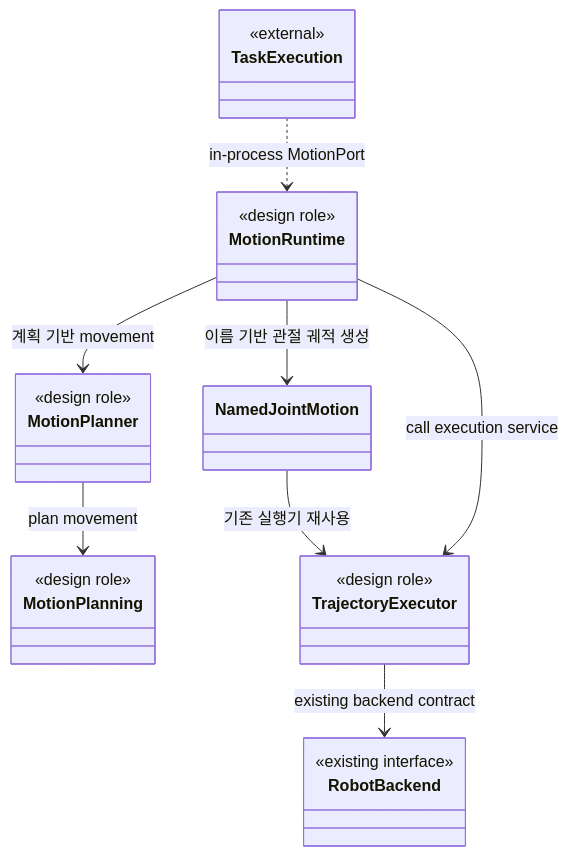
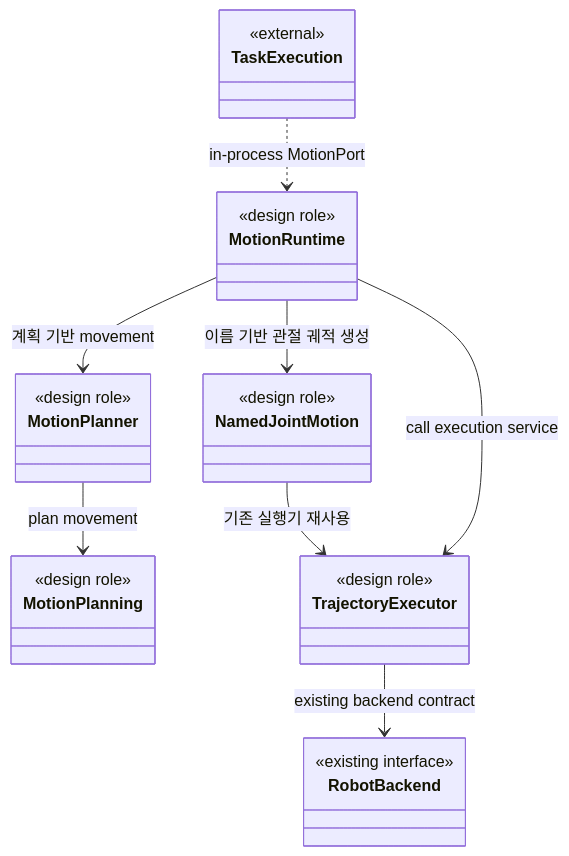
Before and after one commit to dev-kibeom/sftwin-arm-cell: the diagram in docs/design/components/motion/cds.md, drawn with Mermaid. The commit also changed other lines of this file and 33 other files, not shown here.

````diff
--- a/docs/design/components/motion/cds.md
+++ b/docs/design/components/motion/cds.md
@@ -14,29 +14,32 @@
 ```mermaid
 classDiagram
     direction TB
     class MotionRuntime {
         <<design role>>
     }
     class MotionPlanner {
         <<design role>>
     }
     class MotionPlanning {
+        <<design role>>
+    }
+    class NamedJointMotion {
         <<design role>>
     }
     class TrajectoryExecutor {
         <<design role>>
     }
     class TaskExecution {
         <<external>>
     }
     class RobotBackend {
         <<existing interface>>
     }
     TaskExecution ..> MotionRuntime : in-process MotionPort
     MotionRuntime --> MotionPlanner : 계획 기반 movement
     MotionRuntime --> NamedJointMotion : 이름 기반 관절 궤적 생성
     NamedJointMotion --> TrajectoryExecutor : 기존 실행기 재사용
     MotionRuntime --> TrajectoryExecutor : call execution service
     MotionPlanner --> MotionPlanning : plan movement
     TrajectoryExecutor --> RobotBackend : existing backend contract
 ```
````
